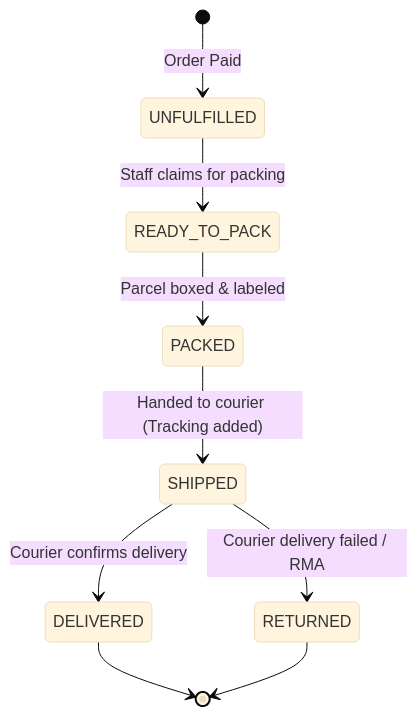
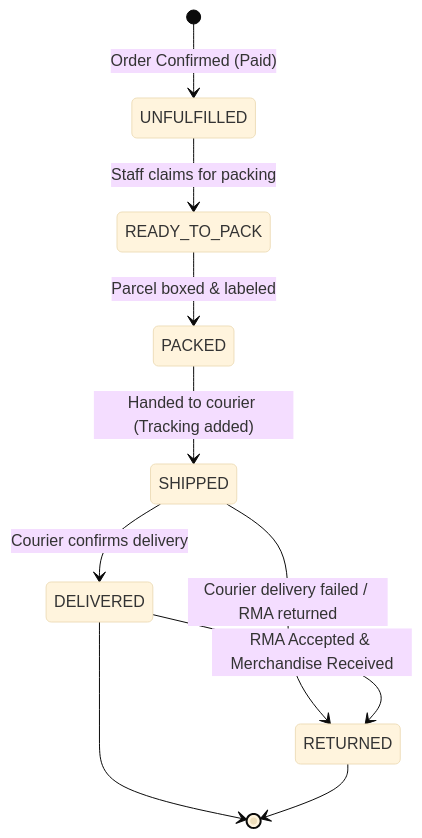
Before and after one commit to SaeBryxn/GamerPeru-Vercel: the seventh of 15 diagrams in docs/architecture/COMMERCE_DOMAIN_MODEL.md, drawn with Mermaid (base theme). The commit also changed other lines of this file and 1 other file, not shown here.

````diff
--- a/docs/architecture/COMMERCE_DOMAIN_MODEL.md
+++ b/docs/architecture/COMMERCE_DOMAIN_MODEL.md
@@ -694,11 +1201,12 @@
 ```mermaid
 stateDiagram-v2
-    [*] --> UNFULFILLED: Order Paid
+    [*] --> UNFULFILLED: Order Confirmed (Paid)
     UNFULFILLED --> READY_TO_PACK: Staff claims for packing
     READY_TO_PACK --> PACKED: Parcel boxed & labeled
     PACKED --> SHIPPED: Handed to courier (Tracking added)
     SHIPPED --> DELIVERED: Courier confirms delivery
-    SHIPPED --> RETURNED: Courier delivery failed / RMA
+    SHIPPED --> RETURNED: Courier delivery failed / RMA returned
+    DELIVERED --> RETURNED: RMA Accepted & Merchandise Received
     DELIVERED --> [*]
     RETURNED --> [*]
 ```
````
